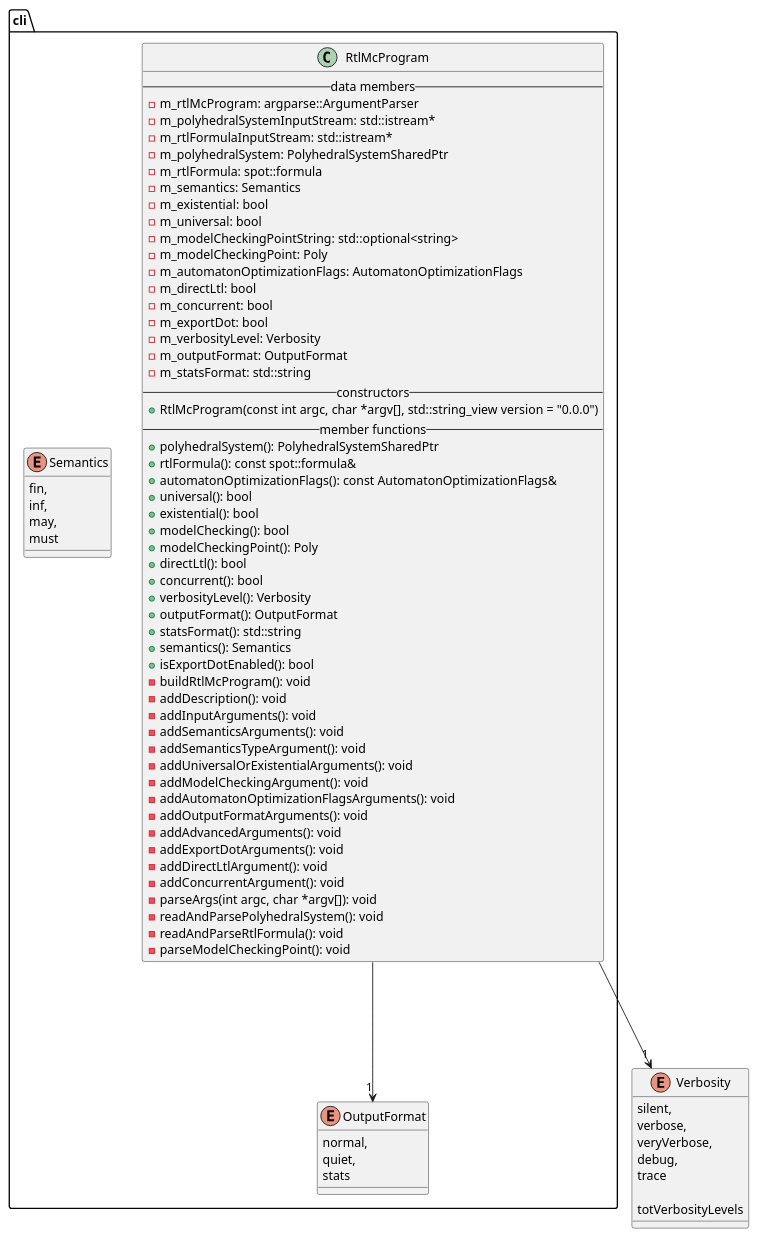
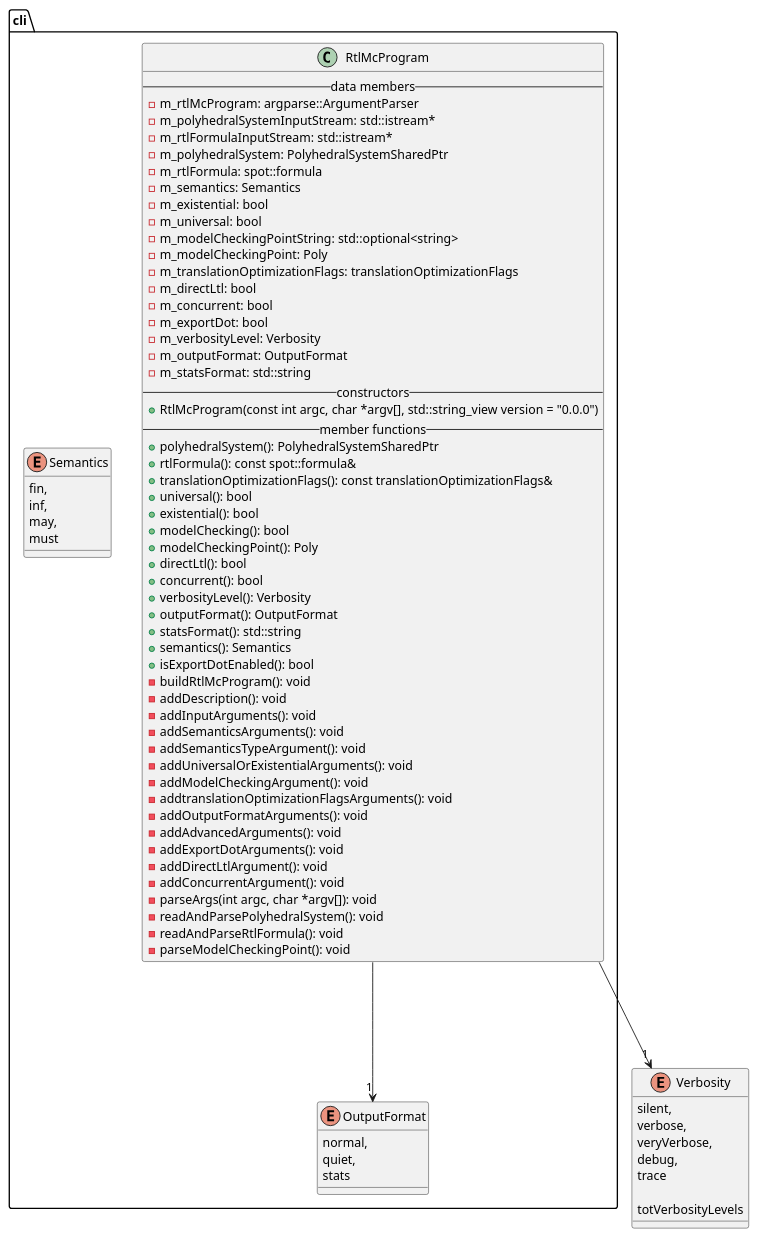
One commit to vtramo/rtl-mc changed the diagram in docs/plantuml/cli.puml. Above: the diagram before and after it, drawn with PlantUML. The commit also changed 22 other files, not shown here.

Commit message:
refactor(automata): replace 'AutomatonOptimizationFlags' with 'TranslationOptimizationFlags'

```diff
--- a/docs/plantuml/cli.puml
+++ b/docs/plantuml/cli.puml
@@ -1,85 +1,85 @@
 @startuml
 
 package cli {
     class RtlMcProgram {
         --data members--
         -m_rtlMcProgram: argparse::ArgumentParser
         -m_polyhedralSystemInputStream: std::istream*
         -m_rtlFormulaInputStream: std::istream*
         -m_polyhedralSystem: PolyhedralSystemSharedPtr
         -m_rtlFormula: spot::formula
         -m_semantics: Semantics
         -m_existential: bool
         -m_universal: bool
         -m_modelCheckingPointString: std::optional<string>
         -m_modelCheckingPoint: Poly
-        -m_automatonOptimizationFlags: AutomatonOptimizationFlags
+        -m_translationOptimizationFlags: translationOptimizationFlags
         -m_directLtl: bool
         -m_concurrent: bool
         -m_exportDot: bool
         -m_verbosityLevel: Verbosity
         -m_outputFormat: OutputFormat
         -m_statsFormat: std::string
         --constructors--
         +RtlMcProgram(const int argc, char *argv[], std::string_view version = "0.0.0")
         --member functions--
         +polyhedralSystem(): PolyhedralSystemSharedPtr
         +rtlFormula(): const spot::formula&
-        +automatonOptimizationFlags(): const AutomatonOptimizationFlags&
+        +translationOptimizationFlags(): const translationOptimizationFlags&
         +universal(): bool
         +existential(): bool
         +modelChecking(): bool
         +modelCheckingPoint(): Poly
         +directLtl(): bool
         +concurrent(): bool
         +verbosityLevel(): Verbosity
         +outputFormat(): OutputFormat
         +statsFormat(): std::string
         +semantics(): Semantics
         +isExportDotEnabled(): bool
         -buildRtlMcProgram(): void
         -addDescription(): void
         -addInputArguments(): void
         -addSemanticsArguments(): void
         -addSemanticsTypeArgument(): void
         -addUniversalOrExistentialArguments(): void
         -addModelCheckingArgument(): void
-        -addAutomatonOptimizationFlagsArguments(): void
+        -addtranslationOptimizationFlagsArguments(): void
         -addOutputFormatArguments(): void
         -addAdvancedArguments(): void
         -addExportDotArguments(): void
         -addDirectLtlArgument(): void
         -addConcurrentArgument(): void
         -parseArgs(int argc, char *argv[]): void
         -readAndParsePolyhedralSystem(): void
         -readAndParseRtlFormula(): void
         -parseModelCheckingPoint(): void
     }
 
     enum Semantics {
         fin,
         inf,
         may,
         must
     }
 
     enum OutputFormat {
         normal,
         quiet,
         stats
     }
 }
 
 enum Verbosity {
     silent,
     verbose,
     veryVerbose,
     debug,
     trace
 
     totVerbosityLevels
 }
 RtlMcProgram ---> "1" Verbosity
 RtlMcProgram ---> "1" OutputFormat
 
 @enduml
```
